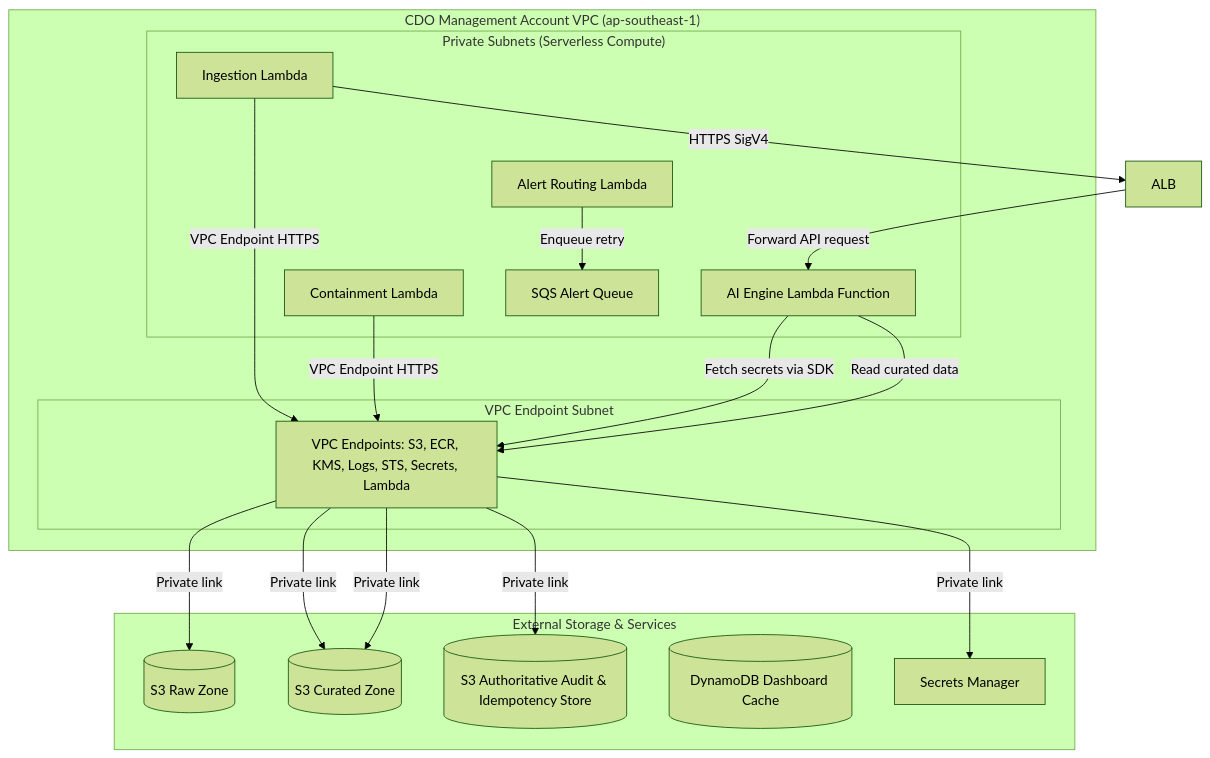
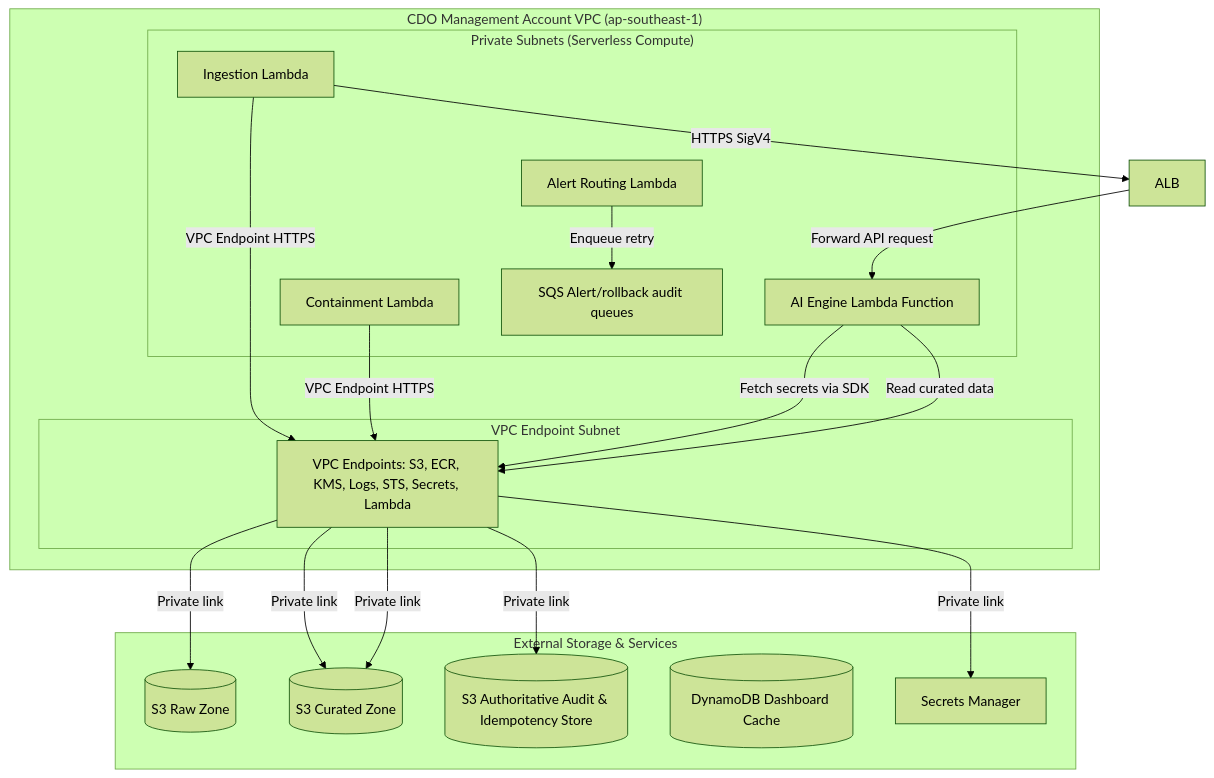
One commit to hungxqt/tf2-finops-iac changed the diagram in docs/tf2-finops/03_security_design.md. Above: the diagram before and after it, drawn with Mermaid (forest theme). The commit also changed other lines of this file, not shown here.

Commit message:
Align SQS usage in security design

````diff
--- a/docs/tf2-finops/03_security_design.md
+++ b/docs/tf2-finops/03_security_design.md
@@ -15,40 +15,40 @@
 ```mermaid
 graph TD
     subgraph "CDO Management Account VPC (ap-southeast-1)"
         subgraph "Private Subnets (Serverless Compute)"
             AILambda[AI Engine Lambda Function]
             L_Pull[Ingestion Lambda]
             L_Cont[Containment Lambda]
             L_Alert[Alert Routing Lambda]
-            SQSQueue[SQS Alert Queue]
+            SQSQueue[SQS Alert/rollback audit queues]
         end
 
         subgraph "VPC Endpoint Subnet"
             VPCE[VPC Endpoints: S3, ECR, KMS, Logs, STS, Secrets, Lambda]
         end
     end
 
     subgraph "External Storage & Services"
         S3Raw[("S3 Raw Zone")]
         S3Cur[("S3 Curated Zone")]
         S3Audit[("S3 Authoritative Audit & Idempotency Store")]
         DDB[("DynamoDB Dashboard Cache")]
         SM[Secrets Manager]
     end
 
     %% Network flows
     L_Pull -->|VPC Endpoint HTTPS| VPCE
     VPCE -->|Private link| S3Raw
     VPCE -->|Private link| S3Cur
     L_Pull -->|HTTPS SigV4| ALB
     ALB -->|Forward API request| AILambda
     L_Cont -->|VPC Endpoint HTTPS| VPCE
     VPCE -->|Private link| S3Audit
     L_Alert -->|Enqueue retry| SQSQueue
     
     %% Serverless traffic
     AILambda -->|Fetch secrets via SDK| VPCE
     VPCE -->|Private link| SM
     AILambda -->|Read curated data| VPCE
     VPCE -->|Private link| S3Cur
 ```
````
